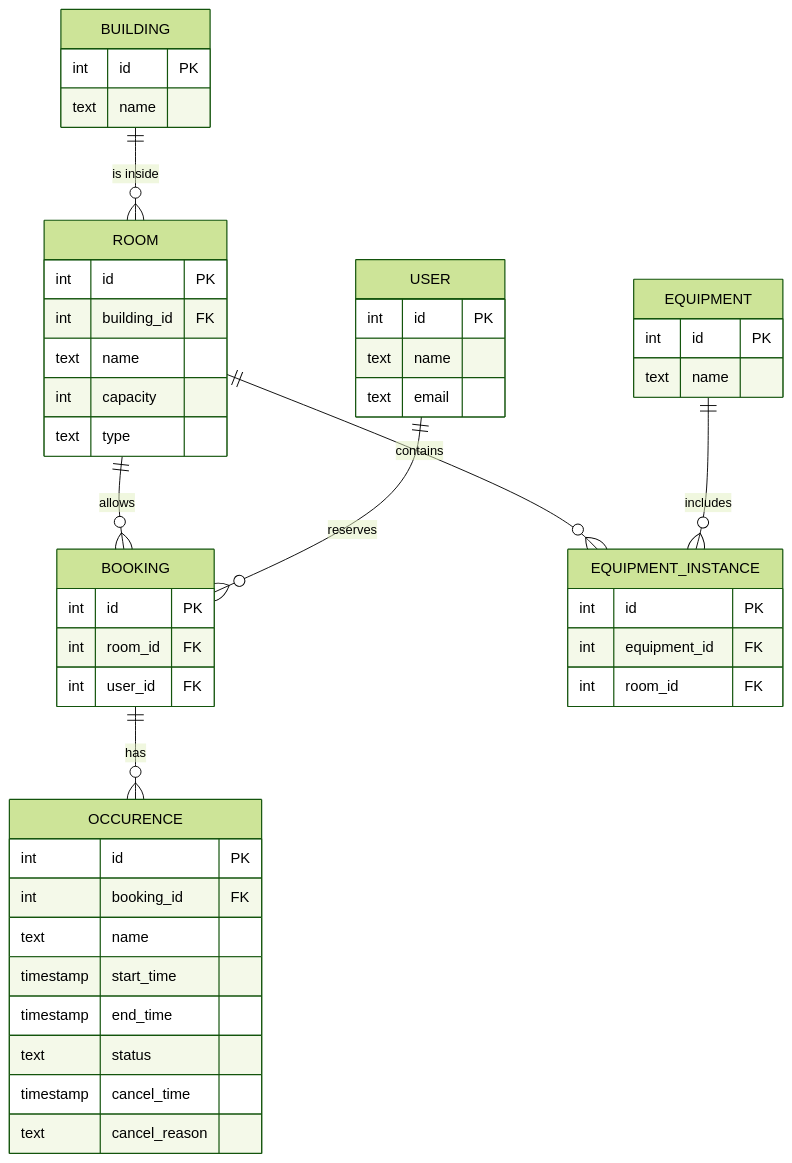
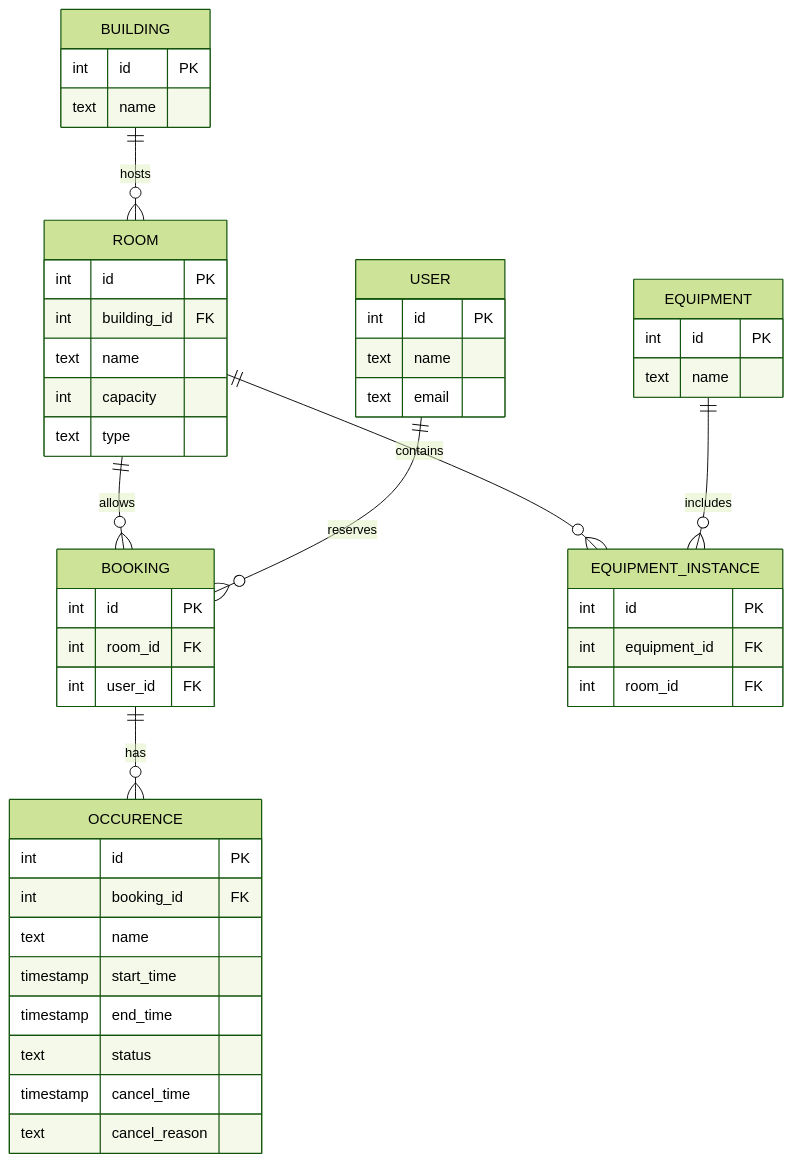
Before and after one commit to ndinhtrung/booking-server: the diagram in design/er-diagram.md, drawn with Mermaid (forest theme).

Commit message:
minor change

````diff
--- a/design/er-diagram.md
+++ b/design/er-diagram.md
@@ -3,57 +3,57 @@
 ```mermaid
 erDiagram
 
     BUILDING {
         int        id               PK
         text       name
     }
 
     ROOM {
         int        id               PK
         int        building_id      FK
         text       name
         int        capacity
         text       type
     }
 
     USER {
         int        id               PK
         text       name
         text       email
     }
 
     BOOKING {
         int        id               PK
         int        room_id          FK
         int        user_id          FK
     }
 
     OCCURENCE {
         int        id               PK
         int        booking_id       FK
         text       name
         timestamp  start_time
         timestamp  end_time
         text       status
         timestamp  cancel_time
         text       cancel_reason
     }
 
     EQUIPMENT {
         int        id               PK
         text       name
     }
 
     EQUIPMENT_INSTANCE {
         int        id               PK
         int        equipment_id     FK
         int        room_id          FK
     }
 
-    BUILDING  ||--o{ ROOM                : "is inside"
+    BUILDING  ||--o{ ROOM                : "hosts"
     ROOM      ||--o{ BOOKING             : "allows"
     USER      ||--o{ BOOKING             : "reserves"
     BOOKING   ||--o{ OCCURENCE           : "has"
     ROOM      ||--o{ EQUIPMENT_INSTANCE  : "contains"
     EQUIPMENT ||--o{ EQUIPMENT_INSTANCE  : "includes"
 ```
````
